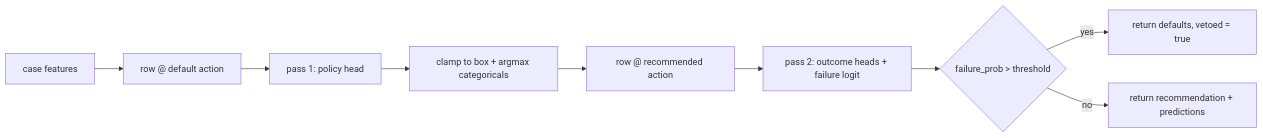
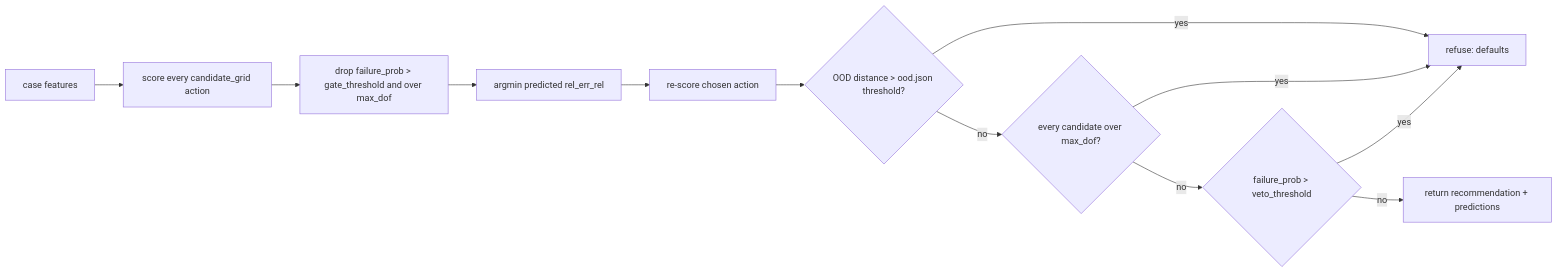
The diagram in docs/advisor/0001-architecture.md (Hunter-124/Polyhedral-FEA), drawn with Mermaid before and after one commit. The commit also changed other lines of this file and 57 other files, not shown here.

````diff
--- a/docs/advisor/0001-architecture.md
+++ b/docs/advisor/0001-architecture.md
@@ -170,11 +185,14 @@
 ```mermaid
 flowchart LR
-    F[case features] --> Q[row @ default action]
-    Q --> P[pass 1: policy head]
-    P --> C[clamp to box + argmax categoricals]
-    C --> S[row @ recommended action]
-    S --> O[pass 2: outcome heads + failure logit]
-    O --> V{failure_prob > threshold}
-    V -- yes --> D[return defaults, vetoed = true]
-    V -- no --> R[return recommendation + predictions]
+    F[case features] --> E[score every candidate_grid action]
+    E --> G[drop failure_prob > gate_threshold and over max_dof]
+    G --> R[argmin predicted rel_err_rel]
+    R --> S[re-score chosen action]
+    S --> O{OOD distance > ood.json threshold?}
+    O -- yes --> D[refuse: defaults]
+    O -- no --> B{every candidate over max_dof?}
+    B -- yes --> D
+    B -- no --> V{failure_prob > veto_threshold}
+    V -- yes --> D
+    V -- no --> A[return recommendation + predictions]
 ```
````
